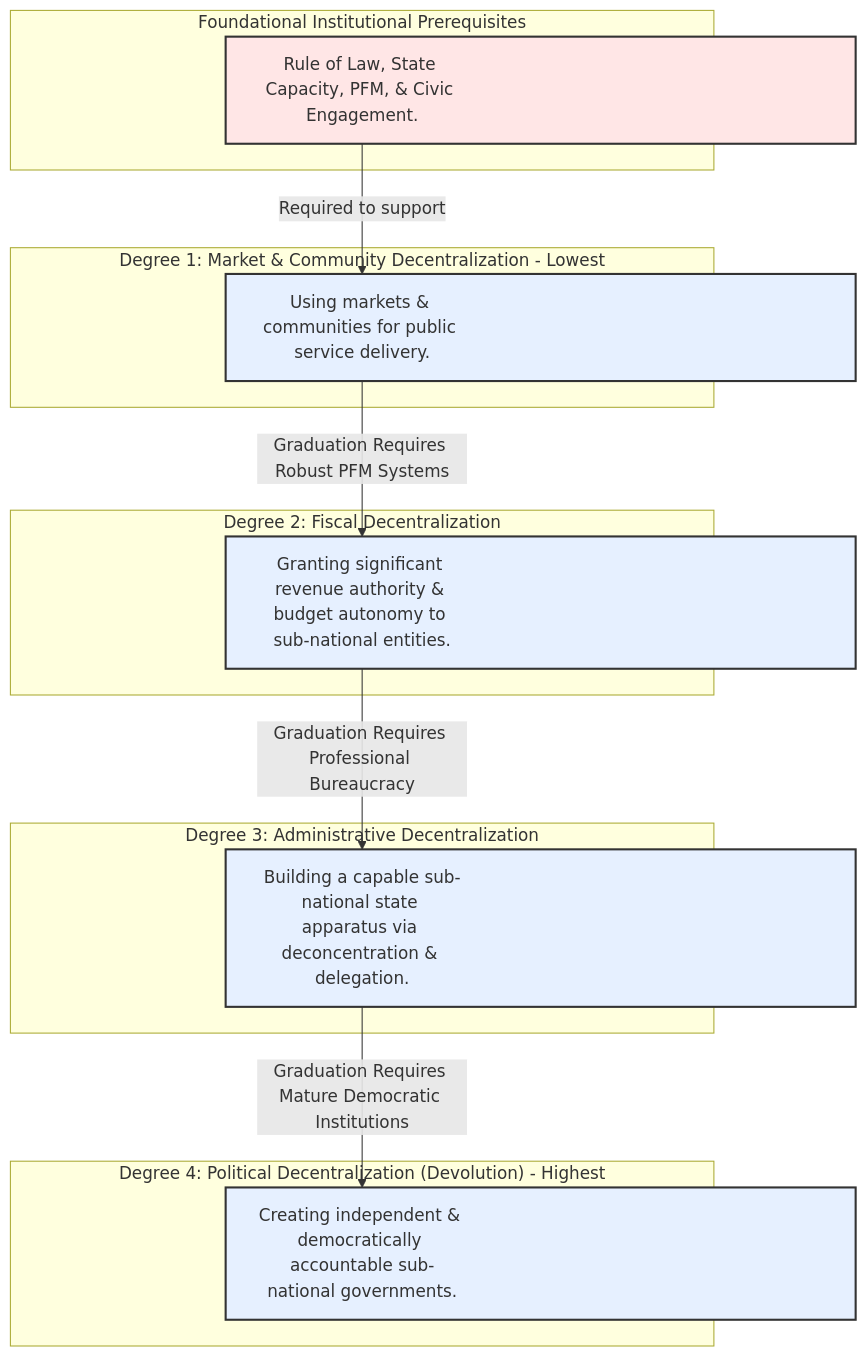
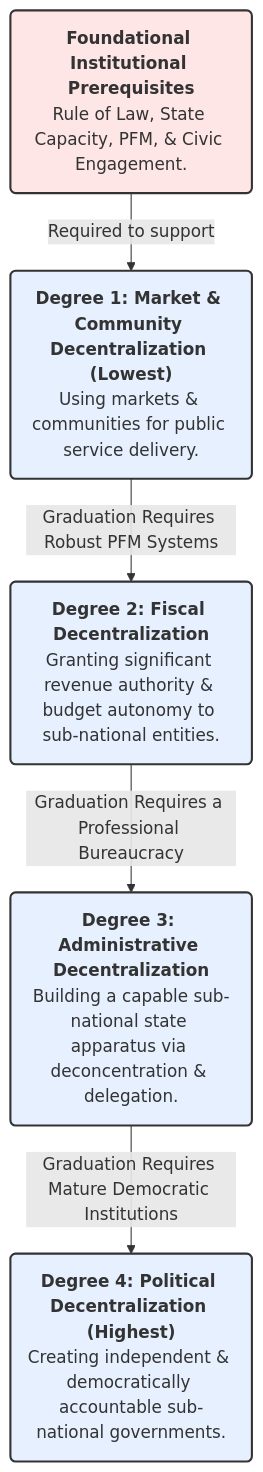
One commit to Aboutorabi/2.1.md changed the diagram in 2.1.md. Above: the diagram before and after it, drawn with Mermaid.

````diff
--- a/2.1.md
+++ b/2.1.md
@@ -1,41 +1,22 @@
 ```mermaid
-%%{init: {'themeCSS': '.label foreignObject span { white-space: nowrap; text-align: center; }'}}%%
 graph TD
-    %% Degree 4
-    subgraph "Degree 4: Political Decentralization (Devolution) - Highest"
-        D4["Creating independent & democratically accountable sub-national governments."]
-    end
+    %% Define Nodes
+    D4("<b>Degree 4: Political Decentralization (Highest)</b><br>Creating independent & democratically accountable sub-national governments.")
+    D3("<b>Degree 3: Administrative Decentralization</b><br>Building a capable sub-national state apparatus via deconcentration & delegation.")
+    D2("<b>Degree 2: Fiscal Decentralization</b><br>Granting significant revenue authority & budget autonomy to sub-national entities.")
+    D1("<b>Degree 1: Market & Community Decentralization (Lowest)</b><br>Using markets & communities for public service delivery.")
+    F("<b>Foundational Institutional Prerequisites</b><br>Rule of Law, State Capacity, PFM, & Civic Engagement.")
 
-    %% Degree 3
-    subgraph "Degree 3: Administrative Decentralization"
-        D3["Building a capable sub-national state apparatus via deconcentration & delegation."]
-    end
-
-    %% Degree 2
-    subgraph "Degree 2: Fiscal Decentralization"
-        D2["Granting significant revenue authority & budget autonomy to sub-national entities."]
-    end
-
-    %% Degree 1
-    subgraph "Degree 1: Market & Community Decentralization - Lowest"
-        D1["Using markets & communities for public service delivery."]
-    end
-    
-    %% Prerequisites
-    subgraph "Foundational Institutional Prerequisites"
-        F["Rule of Law, State Capacity, PFM, & Civic Engagement."]
-    end
-
-    %% Arrows
+    %% Define Links
     F -->|Required to support| D1
     D1 -->|Graduation Requires Robust PFM Systems| D2
-    D2 -->|Graduation Requires Professional Bureaucracy| D3
+    D2 -->|Graduation Requires a Professional Bureaucracy| D3
     D3 -->|Graduation Requires Mature Democratic Institutions| D4
 
-    %% Styling (uniform widths, centered)
-    style F  fill:#ffe6e6,stroke:#333,stroke-width:2px,width:600px
-    style D1 fill:#e6f0ff,stroke:#333,stroke-width:2px,width:600px
-    style D2 fill:#e6f0ff,stroke:#333,stroke-width:2px,width:600px
-    style D3 fill:#e6f0ff,stroke:#333,stroke-width:2px,width:600px
-    style D4 fill:#e6f0ff,stroke:#333,stroke-width:2px,width:600px
+    %% Styling
+    style F fill:#ffe6e6,stroke:#333,stroke-width:2px
+    style D1 fill:#e6f0ff,stroke:#333,stroke-width:2px
+    style D2 fill:#e6f0ff,stroke:#333,stroke-width:2px
+    style D3 fill:#e6f0ff,stroke:#333,stroke-width:2px
+    style D4 fill:#e6f0ff,stroke:#333,stroke-width:2px
 ```
````
